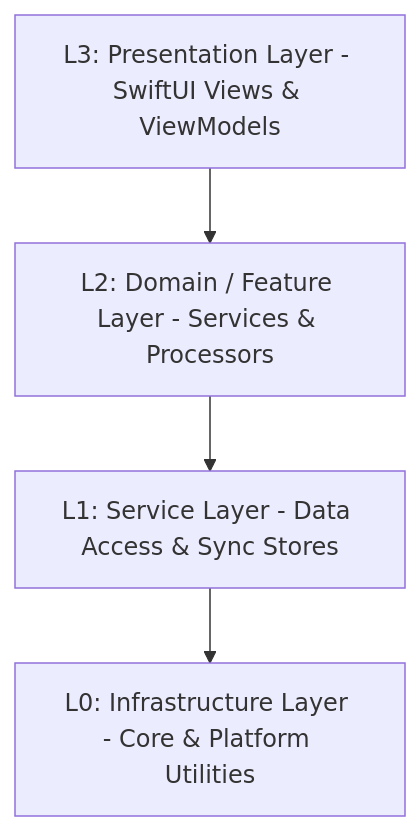
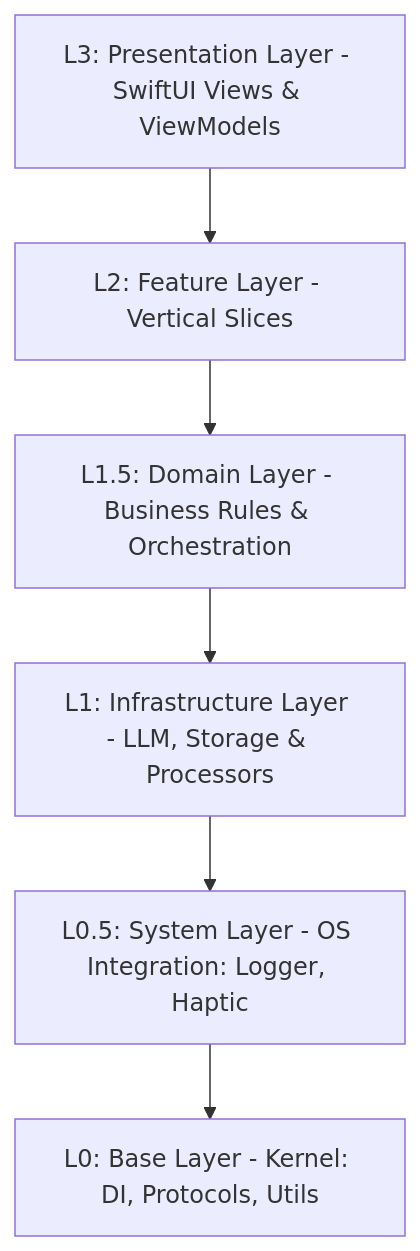
Before and after one commit to wangchong2023/zhiyu: the diagram in Docs/Architecture/LAYERING_L0_L3.md, drawn with Mermaid. The commit also changed other lines of this file and 455 other files, not shown here.

Commit message:
refactor: reorganize project architecture and modularize core system, knowledge, and AI feature components

````diff
--- a/Docs/Architecture/LAYERING_L0_L3.md
+++ b/Docs/Architecture/LAYERING_L0_L3.md
@@ -7,7 +7,9 @@
 ```mermaid
 graph TD
     L3[L3: Presentation Layer - SwiftUI Views & ViewModels] --> L2
-    L2[L2: Domain / Feature Layer - Services & Processors] --> L1
-    L1[L1: Service Layer - Data Access & Sync Stores] --> L0
-    L0[L0: Infrastructure Layer - Core & Platform Utilities]
+    L2[L2: Feature Layer - Vertical Slices] --> L1_5
+    L1_5[L1.5: Domain Layer - Business Rules & Orchestration] --> L1
+    L1[L1: Infrastructure Layer - LLM, Storage & Processors] --> L0_5
+    L0_5[L0.5: System Layer - OS Integration: Logger, Haptic] --> L0
+    L0[L0: Base Layer - Kernel: DI, Protocols, Utils]
 ```
````
